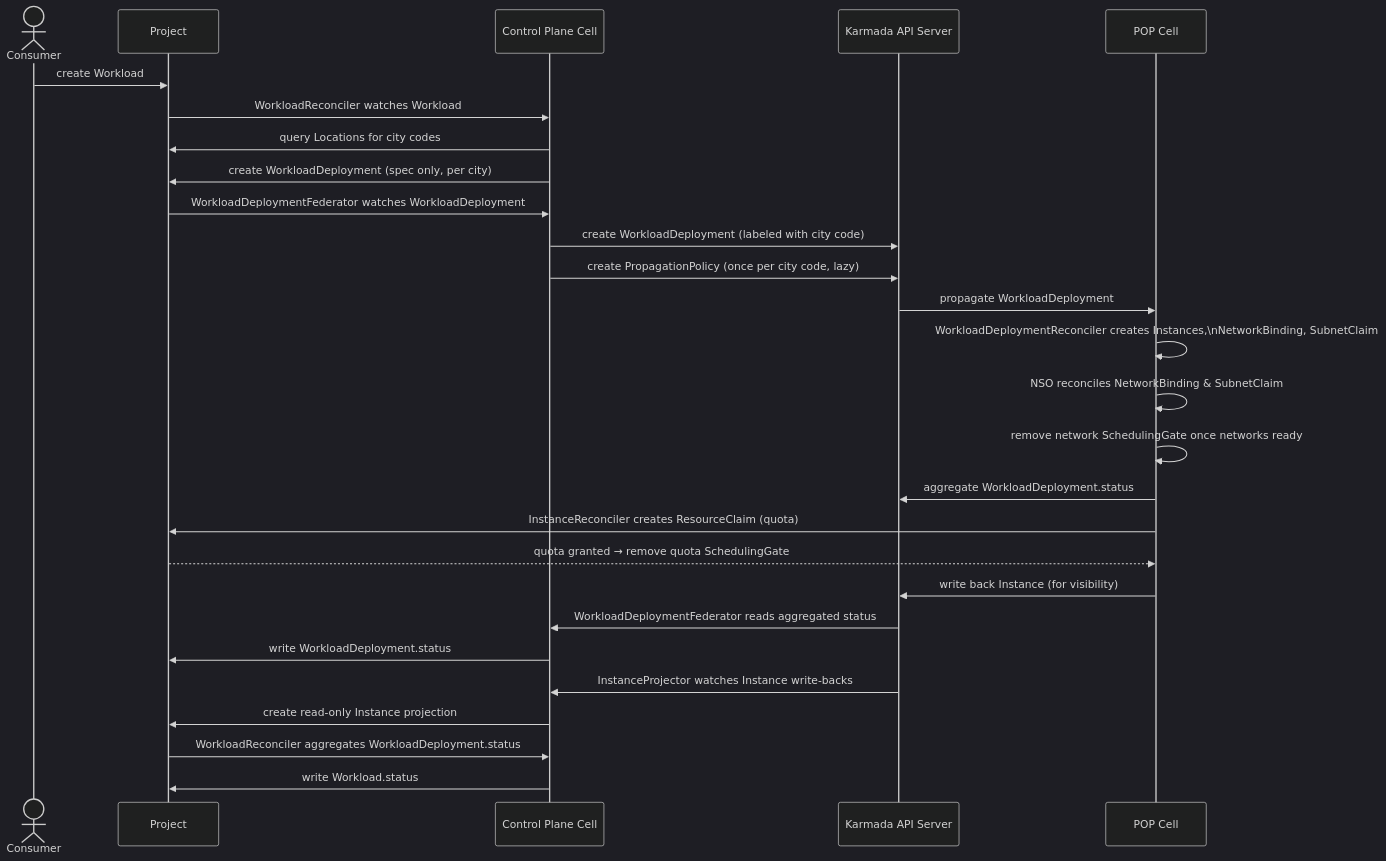
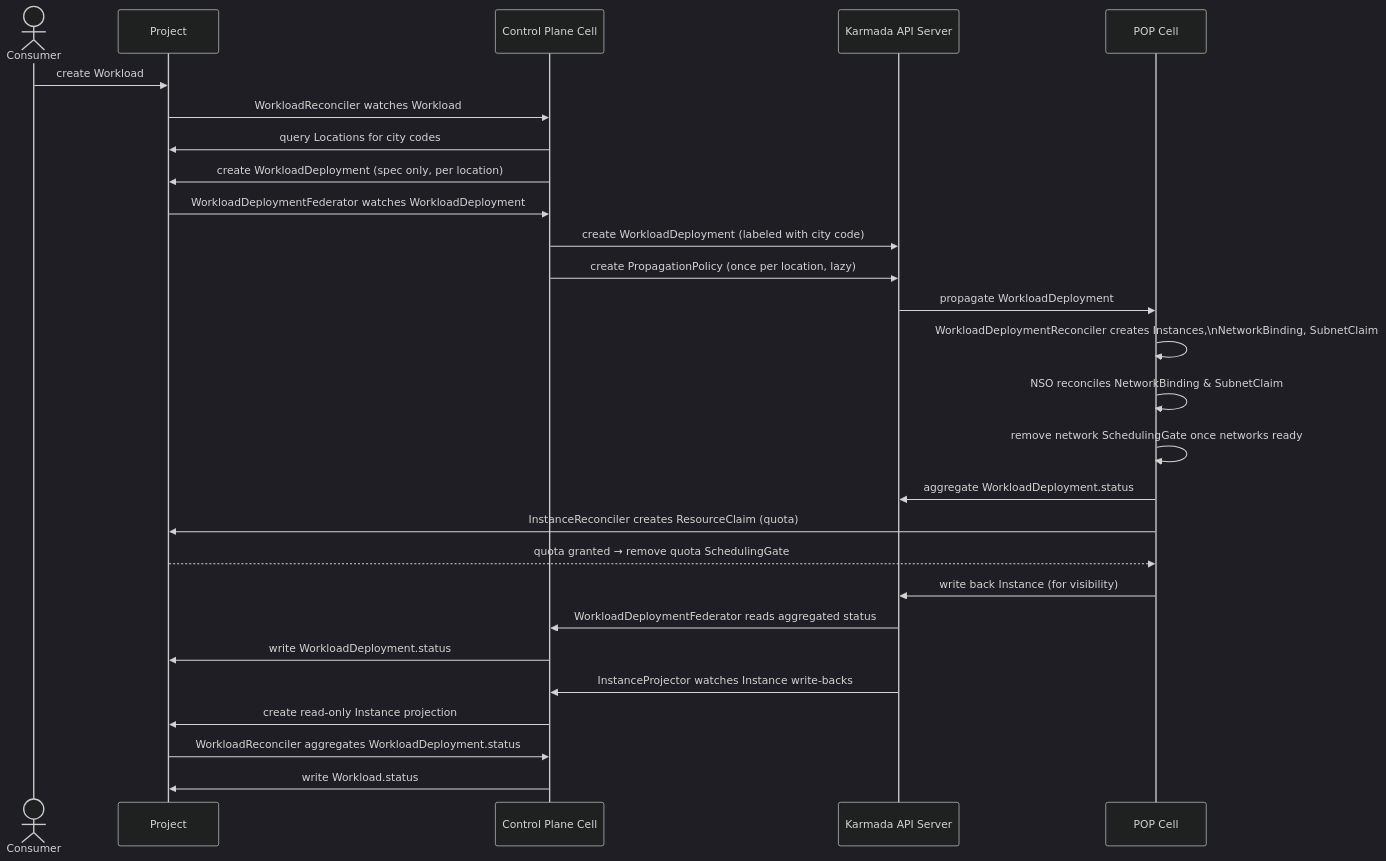
One commit to datum-cloud/compute changed the first of 3 diagrams in docs/enhancements/federated-deployment-scheduling.md. Above: the diagram before and after it, drawn with Mermaid (dark theme). The commit also changed other lines of this file and 96 other files, not shown here.

````diff
--- a/docs/enhancements/federated-deployment-scheduling.md
+++ b/docs/enhancements/federated-deployment-scheduling.md
@@ -129,38 +129,38 @@
 ```mermaid
 sequenceDiagram
     actor Consumer
     participant Project
     participant CPC as Control Plane Cell
     participant Karmada as Karmada API Server
     participant POP as POP Cell
 
     Consumer->>Project: create Workload
 
     Project->>CPC: WorkloadReconciler watches Workload
     CPC->>Project: query Locations for city codes
-    CPC->>Project: create WorkloadDeployment (spec only, per city)
+    CPC->>Project: create WorkloadDeployment (spec only, per location)
 
     Project->>CPC: WorkloadDeploymentFederator watches WorkloadDeployment
     CPC->>Karmada: create WorkloadDeployment (labeled with city code)
-    CPC->>Karmada: create PropagationPolicy (once per city code, lazy)
+    CPC->>Karmada: create PropagationPolicy (once per location, lazy)
 
     Karmada->>POP: propagate WorkloadDeployment
 
     POP->>POP: WorkloadDeploymentReconciler creates Instances,\nNetworkBinding, SubnetClaim
     POP->>POP: NSO reconciles NetworkBinding & SubnetClaim
     POP->>POP: remove network SchedulingGate once networks ready
     POP->>Karmada: aggregate WorkloadDeployment.status
 
     POP->>Project: InstanceReconciler creates ResourceClaim (quota)
     Project-->>POP: quota granted → remove quota SchedulingGate
     POP->>Karmada: write back Instance (for visibility)
 
     Karmada->>CPC: WorkloadDeploymentFederator reads aggregated status
     CPC->>Project: write WorkloadDeployment.status
 
     Karmada->>CPC: InstanceProjector watches Instance write-backs
     CPC->>Project: create read-only Instance projection
 
     Project->>CPC: WorkloadReconciler aggregates WorkloadDeployment.status
     CPC->>Project: write Workload.status
 ```
````
